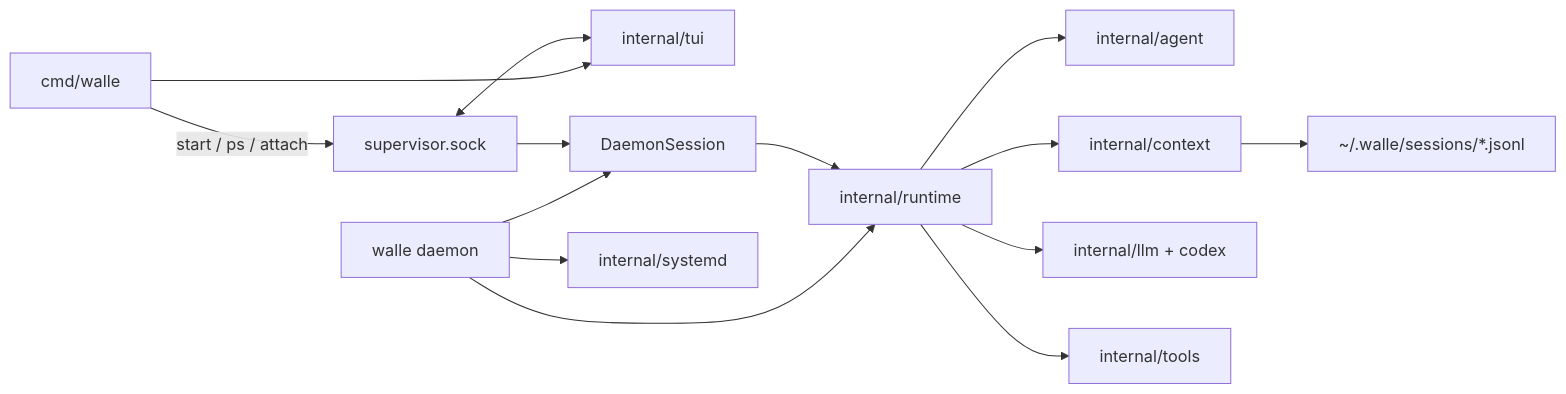
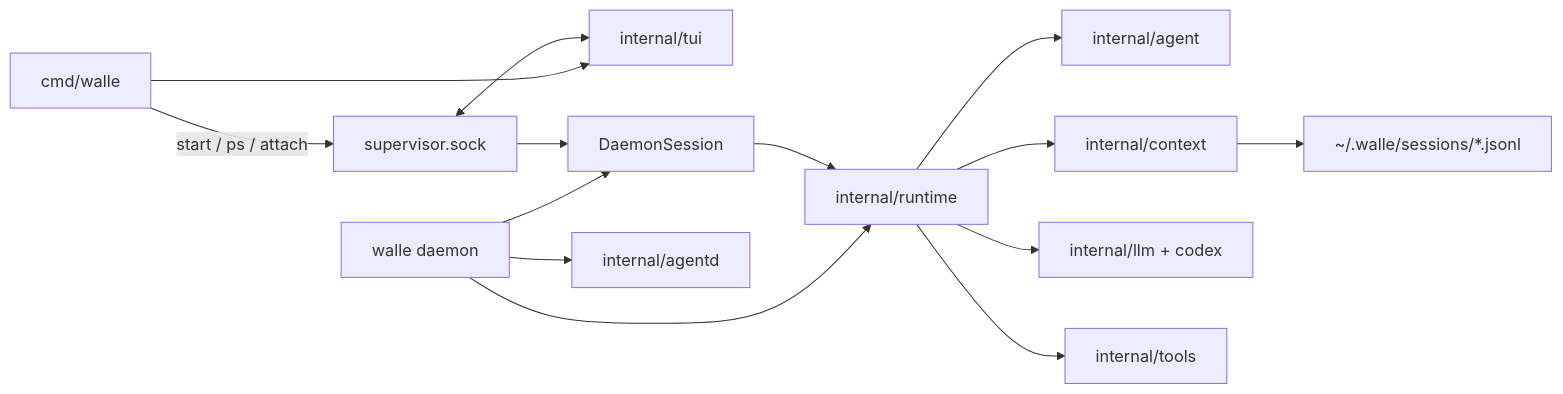
The diagram in .spec/diagrams/walle-overall-runtime.mmd (Ozqi/5hAgent), drawn with Mermaid before and after one commit. The commit also changed 43 other files, not shown here.

```diff
--- a/.spec/diagrams/walle-overall-runtime.mmd
+++ b/.spec/diagrams/walle-overall-runtime.mmd
@@ -1,15 +1,15 @@
 %% 事实源: .spec/diagrams/walle-architecture-topology.json view_overall_runtime
 flowchart LR
   CLI["cmd/walle"] -->|start / ps / attach| Socket["supervisor.sock"]
   CLI --> TUI["internal/tui"]
   Daemon["walle daemon"] --> Runtime["internal/runtime"]
   Daemon --> Session["DaemonSession"]
-  Daemon --> Systemd["internal/systemd"]
+  Daemon --> Agentd["internal/agentd"]
   Socket <--> TUI
   Socket --> Session
   Session --> Runtime
   Runtime --> Agent["internal/agent"]
   Runtime --> Context["internal/context"]
   Runtime --> LLM["internal/llm + codex"]
   Runtime --> Tools["internal/tools"]
   Context --> Store["~/.walle/sessions/*.jsonl"]
```
